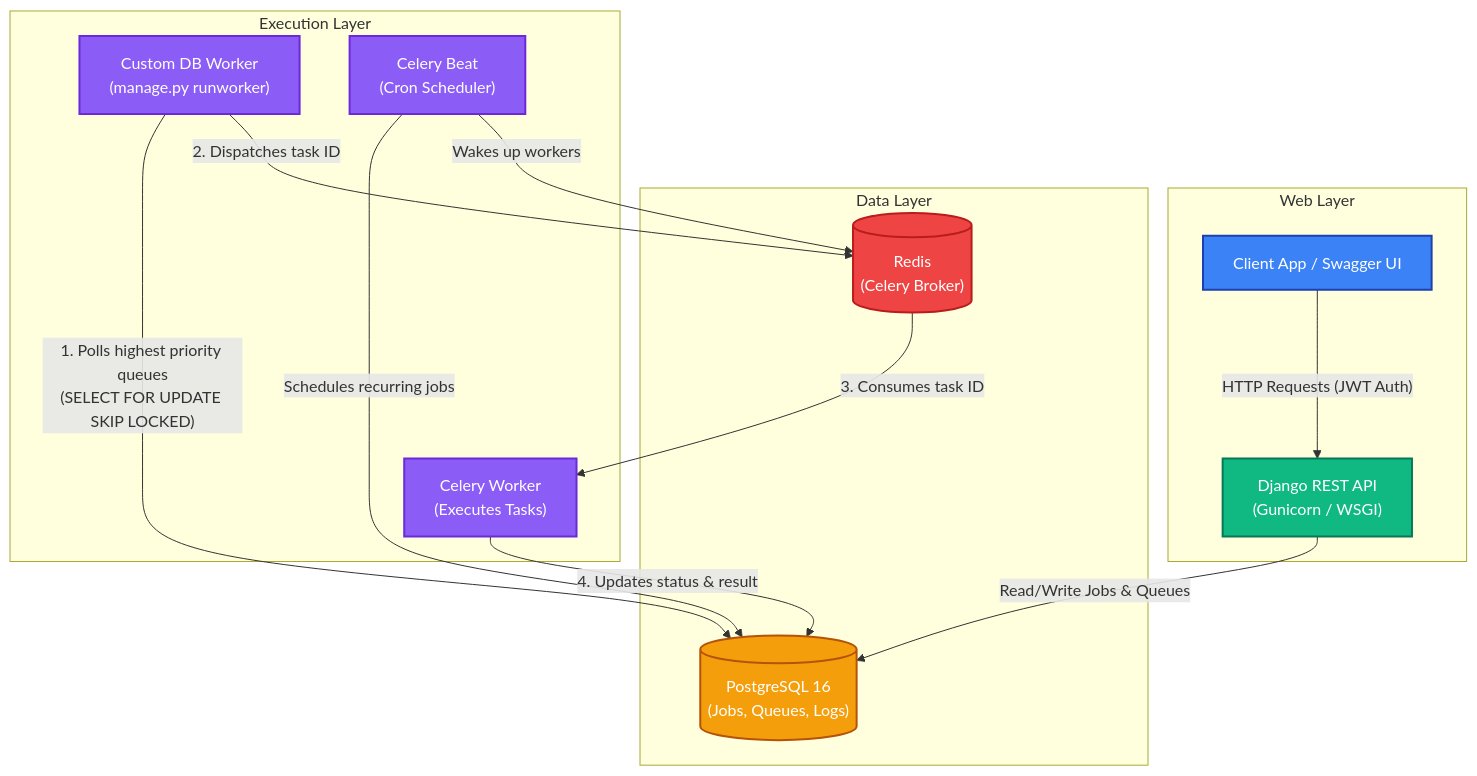
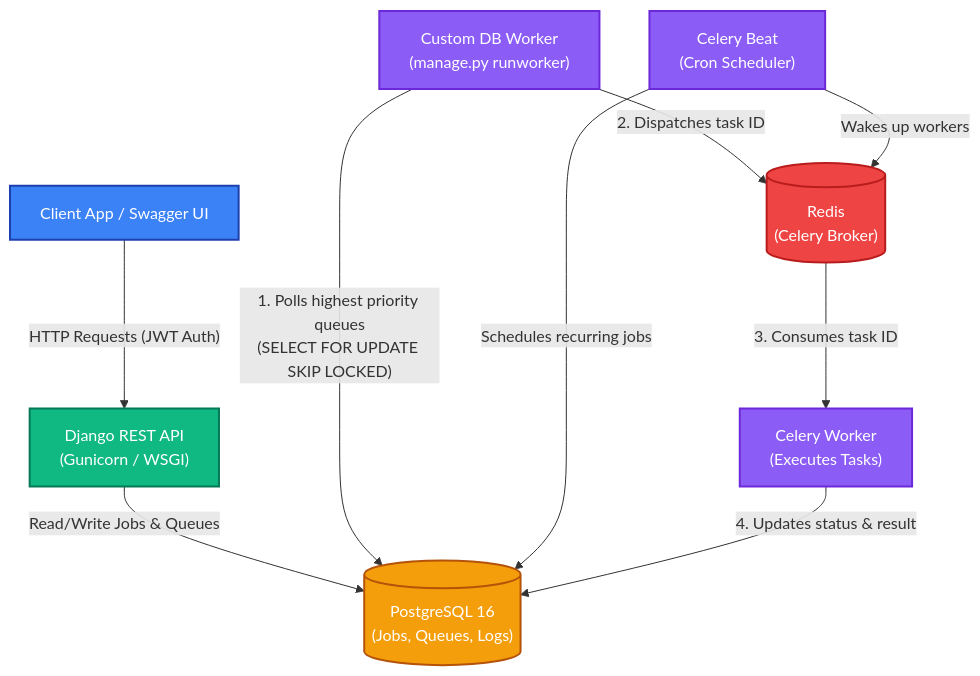
The diagram in ARCHITECTURE.md (RajivRa12/Codity.AI-Tech-Assignment), drawn with Mermaid before and after one commit.

Commit message:
Fix Mermaid layout rendering

````diff
--- a/ARCHITECTURE.md
+++ b/ARCHITECTURE.md
@@ -5,51 +5,34 @@
 ```mermaid
 flowchart TD
     %% Define Styles
     classDef client fill:#3b82f6,stroke:#1e40af,stroke-width:2px,color:#fff
     classDef api fill:#10b981,stroke:#047857,stroke-width:2px,color:#fff
     classDef db fill:#f59e0b,stroke:#b45309,stroke-width:2px,color:#fff
     classDef broker fill:#ef4444,stroke:#b91c1c,stroke-width:2px,color:#fff
     classDef worker fill:#8b5cf6,stroke:#6d28d9,stroke-width:2px,color:#fff
 
     %% Nodes
     Client["Client App / Swagger UI"]:::client
     API["Django REST API<br/>(Gunicorn / WSGI)"]:::api
     
     DB[("PostgreSQL 16<br/>(Jobs, Queues, Logs)")]:::db
     Redis[("Redis<br/>(Celery Broker)")]:::broker
     
     CustomWorker["Custom DB Worker<br/>(manage.py runworker)"]:::worker
     CeleryWorker["Celery Worker<br/>(Executes Tasks)"]:::worker
     CeleryBeat["Celery Beat<br/>(Cron Scheduler)"]:::worker
 
     %% Connections
     Client -- "HTTP Requests (JWT Auth)" --> API
     
     API -- "Read/Write Jobs & Queues" --> DB
     
     CustomWorker -- "1. Polls highest priority queues<br/>(SELECT FOR UPDATE SKIP LOCKED)" --> DB
     CustomWorker -- "2. Dispatches task ID" --> Redis
     
     CeleryBeat -- "Schedules recurring jobs" --> DB
     CeleryBeat -- "Wakes up workers" --> Redis
     
     Redis -- "3. Consumes task ID" --> CeleryWorker
     CeleryWorker -- "4. Updates status & result" --> DB
-    
-    %% Subgraphs for organization
-    subgraph "Web Layer"
-        Client
-        API
-    end
-    
-    subgraph "Data Layer"
-        DB
-        Redis
-    end
-    
-    subgraph "Execution Layer"
-        CustomWorker
-        CeleryWorker
-        CeleryBeat
-    end
 ```
````
